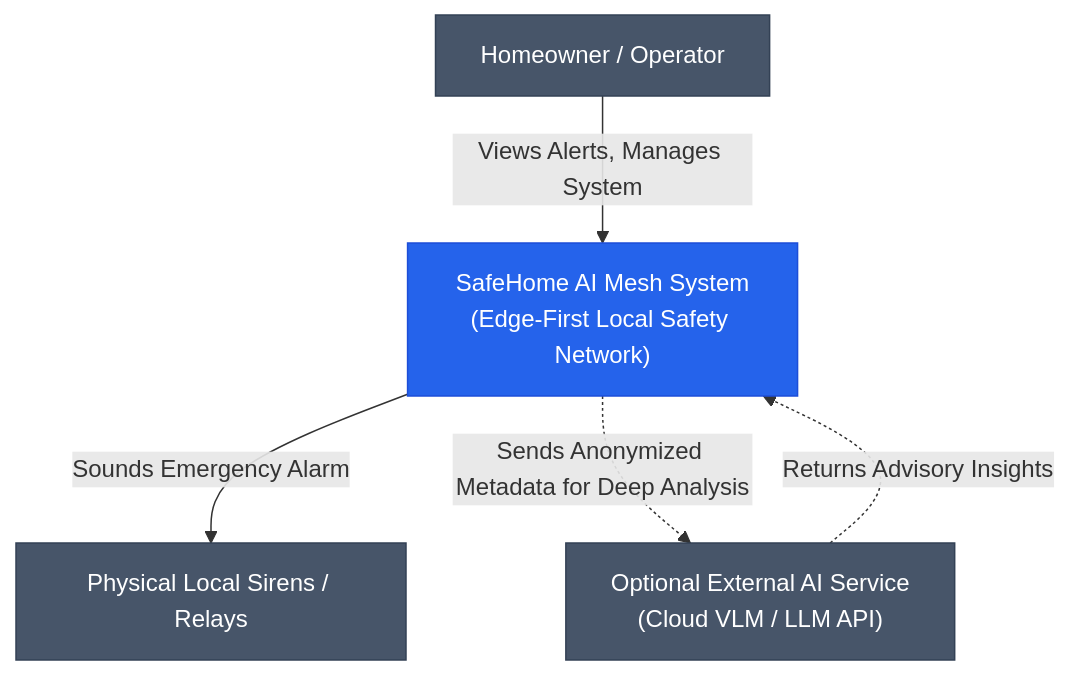
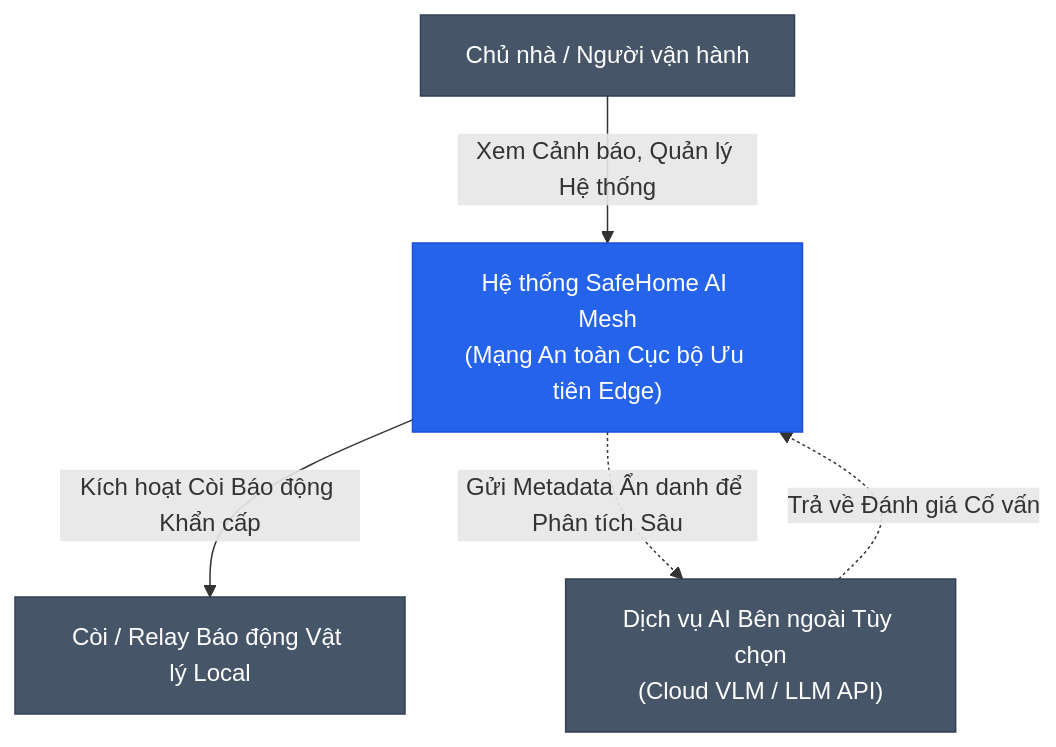
One commit to Eddy-hoang/SAM changed the first of 3 diagrams in docs/03-system-architecture.md. Above: the diagram before and after it, drawn with Mermaid. The commit also changed other lines of this file and 34 other files, not shown here.

````diff
--- a/docs/03-system-architecture.md
+++ b/docs/03-system-architecture.md
@@ -32,17 +32,17 @@
 ```mermaid
 graph TB
-    User["Homeowner / Operator"]
-    System["SafeHome AI Mesh System\n(Edge-First Local Safety Network)"]
-    ExternalAI["Optional External AI Service\n(Cloud VLM / LLM API)"]
-    LocalAlarm["Physical Local Sirens / Relays"]
+    User["Chủ nhà / Người vận hành"]
+    System["Hệ thống SafeHome AI Mesh\n(Mạng An toàn Cục bộ Ưu tiên Edge)"]
+    ExternalAI["Dịch vụ AI Bên ngoài Tùy chọn\n(Cloud VLM / LLM API)"]
+    LocalAlarm["Còi / Relay Báo động Vật lý Local"]
 
-    User -->|Views Alerts, Manages System| System
-    System -->|Sounds Emergency Alarm| LocalAlarm
-    System -.->|Sends Anonymized Metadata for Deep Analysis| ExternalAI
-    ExternalAI -.->|Returns Advisory Insights| System
+    User -->|Xem Cảnh báo, Quản lý Hệ thống| System
+    System -->|Kích hoạt Còi Báo động Khẩn cấp| LocalAlarm
+    System -.->|Gửi Metadata Ẩn danh để Phân tích Sâu| ExternalAI
+    ExternalAI -.->|Trả về Đánh giá Cố vấn| System
 
     classDef primary fill:#2563eb,stroke:#1d4ed8,color:#fff;
     classDef external fill:#475569,stroke:#334155,color:#fff;
     class System primary;
     class ExternalAI,LocalAlarm,User external;
 ```
````
